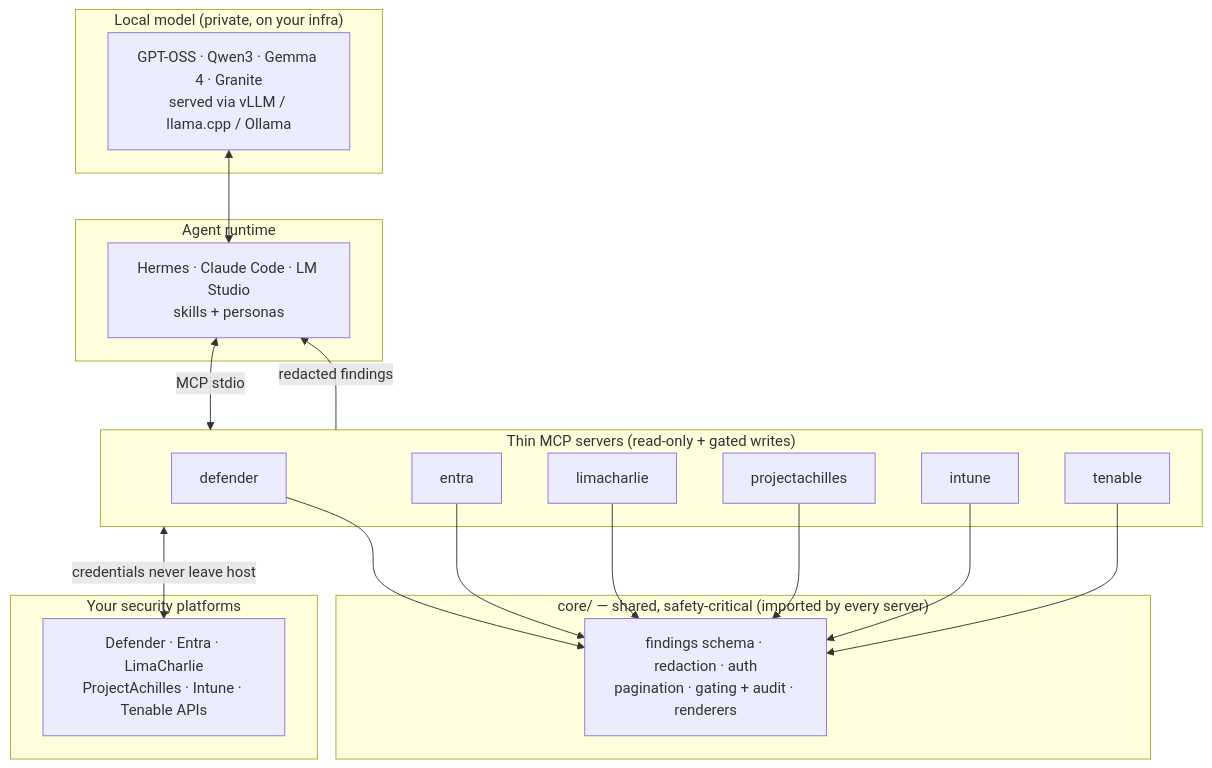
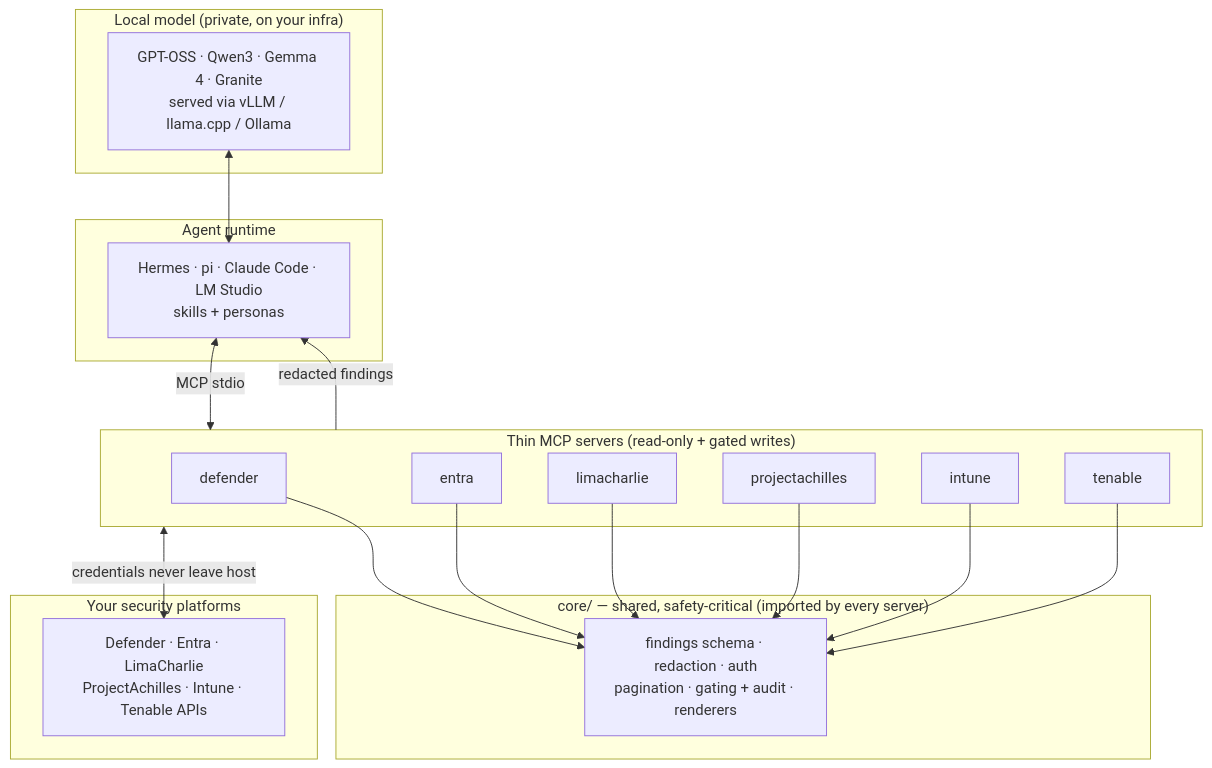
The diagram in README.md (ubercylon8/f0_sectools), drawn with Mermaid before and after one commit. The commit also changed other lines of this file and 3 other files, not shown here.

Commit message:
docs: wire pi into the support matrix, personas map, CLAUDE.md, and README

````diff
--- a/README.md
+++ b/README.md
@@ -116,29 +116,29 @@
 ```mermaid
 flowchart TB
     subgraph model["Local model (private, on your infra)"]
       LM["GPT-OSS · Qwen3 · Gemma 4 · Granite<br/>served via vLLM / llama.cpp / Ollama"]
     end
     subgraph runtime["Agent runtime"]
-      RT["Hermes · Claude Code · LM Studio<br/>skills + personas"]
+      RT["Hermes · pi · Claude Code · LM Studio<br/>skills + personas"]
     end
     subgraph servers["Thin MCP servers (read-only + gated writes)"]
       D["defender"]
       E["entra"]
       L["limacharlie"]
       P["projectachilles"]
       I["intune"]
       T["tenable"]
     end
     subgraph core["core/ — shared, safety-critical (imported by every server)"]
       C["findings schema · redaction · auth<br/>pagination · gating + audit · renderers"]
     end
     subgraph platforms["Your security platforms"]
       API["Defender · Entra · LimaCharlie<br/>ProjectAchilles · Intune · Tenable APIs"]
     end
 
     LM <--> RT
     RT <-->|MCP stdio| servers
     D & E & L & P & I & T --> C
     servers -->|redacted findings| RT
     servers <-->|credentials never leave host| API
 ```
````
